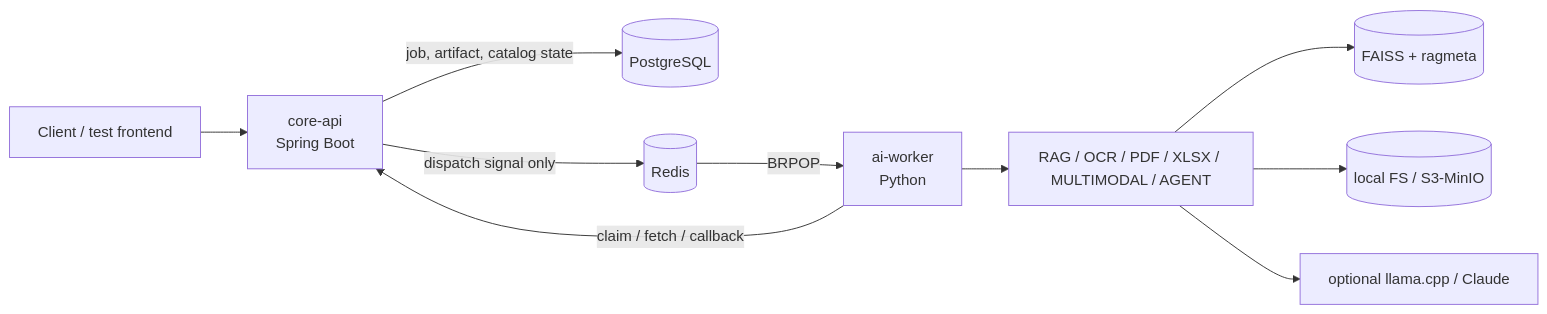
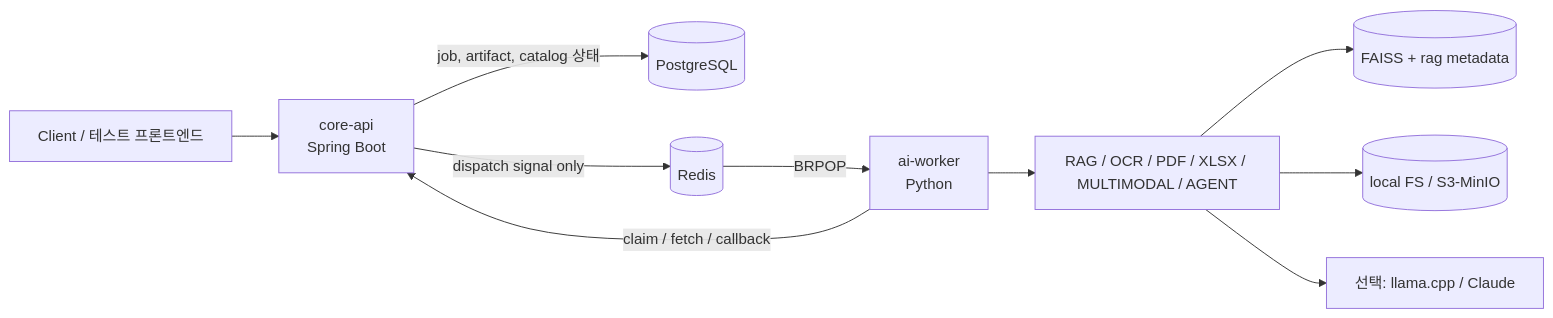
The diagram in README.md (sfr9802/async-ai-document-pipeline-with-domain-rag), drawn with Mermaid before and after one commit. The commit also changed other lines of this file, not shown here.

````diff
--- a/README.md
+++ b/README.md
@@ -43,12 +43,12 @@
 ```mermaid
 flowchart LR
-    Client[Client / test frontend] --> Core[core-api<br/>Spring Boot]
-    Core -->|job, artifact, catalog state| DB[(PostgreSQL)]
-    Core -->|dispatch signal only| Redis[(Redis)]
-    Redis -->|BRPOP| Worker[ai-worker<br/>Python]
-    Worker -->|claim / fetch / callback| Core
-    Worker --> Capabilities[RAG / OCR / PDF / XLSX / MULTIMODAL / AGENT]
-    Capabilities --> Index[(FAISS + ragmeta)]
-    Capabilities --> Storage[(local FS / S3-MinIO)]
-    Capabilities --> LLM[optional llama.cpp / Claude]
+    Client["Client / 테스트 프론트엔드"] --> Core["core-api<br/>Spring Boot"]
+    Core -->|"job, artifact, catalog 상태"| DB[("PostgreSQL")]
+    Core -->|"dispatch signal only"| Redis[("Redis")]
+    Redis -->|"BRPOP"| Worker["ai-worker<br/>Python"]
+    Worker -->|"claim / fetch / callback"| Core
+    Worker --> Capabilities["RAG / OCR / PDF / XLSX / MULTIMODAL / AGENT"]
+    Capabilities --> Index[("FAISS + rag metadata")]
+    Capabilities --> Storage[("local FS / S3-MinIO")]
+    Capabilities --> LLM["선택: llama.cpp / Claude"]
 ```
````
